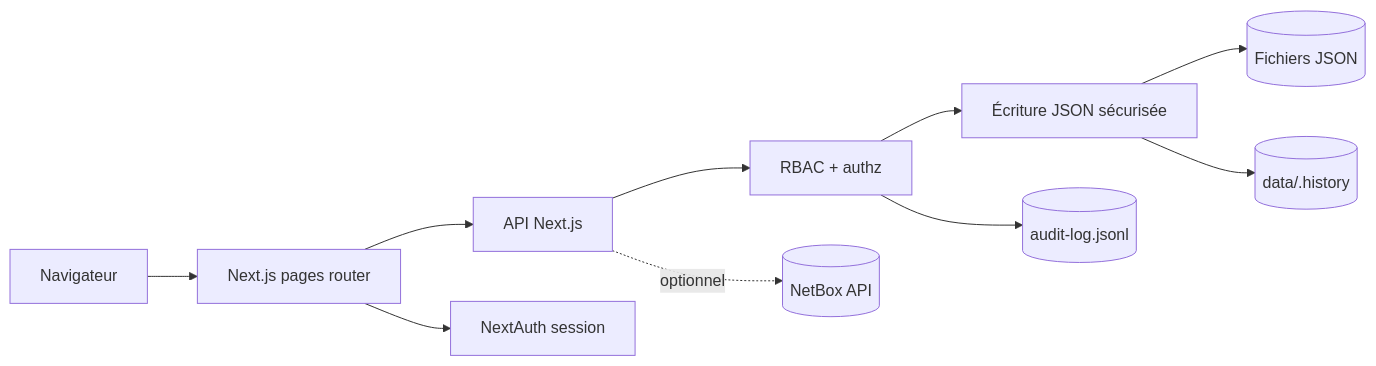
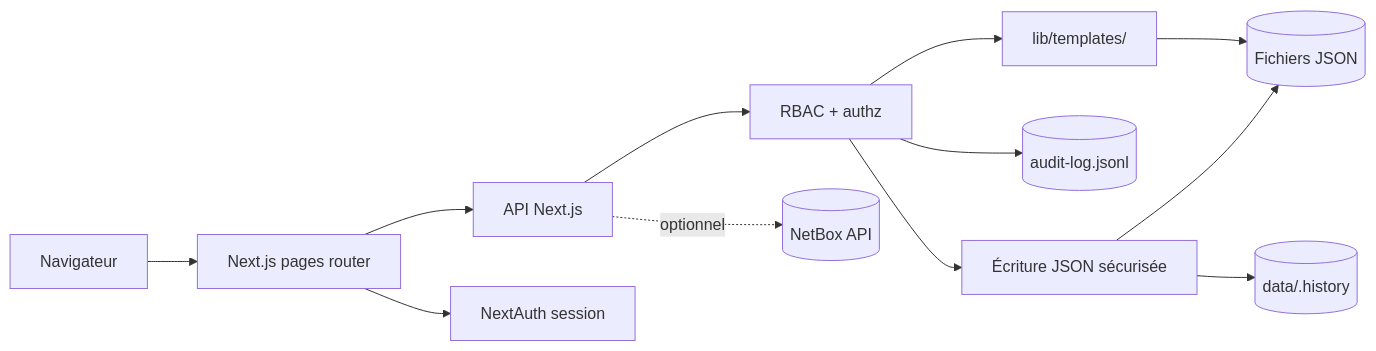
The first of 2 diagrams in docs/architecture.md (lquastana/it-lanscape), drawn with Mermaid before and after one commit. The commit also changed other lines of this file and 10 other files, not shown here.

````diff
--- a/docs/architecture.md
+++ b/docs/architecture.md
@@ -5,12 +5,14 @@
 ```mermaid
 flowchart LR
   Browser[Navigateur] --> UI[Next.js pages router]
   UI --> API[API Next.js]
   UI --> Auth[NextAuth session]
   API --> Guard[RBAC + authz]
   Guard --> Store[Écriture JSON sécurisée]
   Store --> JSON[(Fichiers JSON)]
   Store --> History[(data/.history)]
   Guard --> Audit[(audit-log.jsonl)]
+  Guard --> Templates[lib/templates/]
+  Templates --> JSON
   API -. optionnel .-> NetBox[(NetBox API)]
 ```
````
